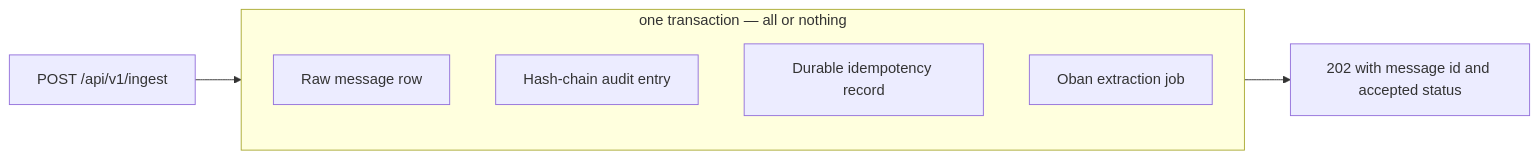
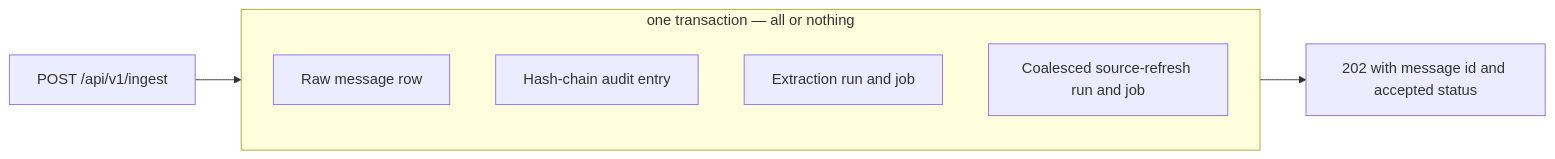
One commit to memhousehq/memhouse changed the first of 3 diagrams in docs/concepts/ingest-pipeline.md. Above: the diagram before and after it, drawn with Mermaid. The commit also changed other lines of this file and 13 other files, not shown here.

````diff
--- a/docs/concepts/ingest-pipeline.md
+++ b/docs/concepts/ingest-pipeline.md
@@ -12,11 +13,11 @@
 ```mermaid
 flowchart LR
     subgraph TX["one transaction — all or nothing"]
         A[Raw message row]
         B[Hash-chain audit entry]
-        C[Durable idempotency record]
-        D[Oban extraction job]
+        C[Extraction run and job]
+        D[Coalesced source-refresh run and job]
     end
     REQ[POST /api/v1/ingest] --> TX
     TX --> RESP[202 with message id and accepted status]
 ```
````
